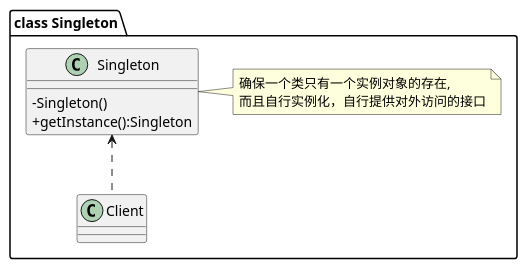
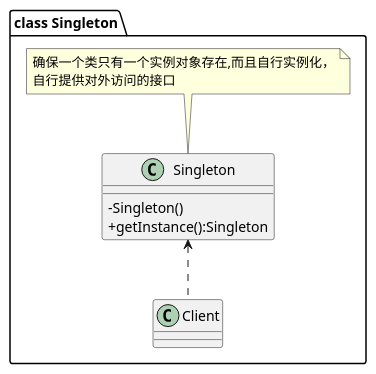
The diagram in lib_design_pattern/src/main/java/com/mxdl/desigin/pattern/create/a01_single_instance/uml/singleton.puml (mxdldev/java-design-pattern), drawn with PlantUML before and after one commit. The commit also changed 28 other files, not shown here.

```diff
--- a/lib_design_pattern/src/main/java/com/mxdl/desigin/pattern/create/a01_single_instance/uml/singleton.puml
+++ b/lib_design_pattern/src/main/java/com/mxdl/desigin/pattern/create/a01_single_instance/uml/singleton.puml
@@ -1,14 +1,14 @@
 @startuml
 skinparam classAttributeIconSize 0
 
 package "class Singleton" #FFFFFF {
 
     class Singleton{
     -Singleton()
     +getInstance():Singleton
     }
-    note right: 确保一个类只有一个实例对象的存在,\n而且自行实例化，自行提供对外访问的接口
+    note top: 确保一个类只有一个实例对象存在,而且自行实例化，\n自行提供对外访问的接口
     Singleton <.. Client
 }
 
 @enduml
```
